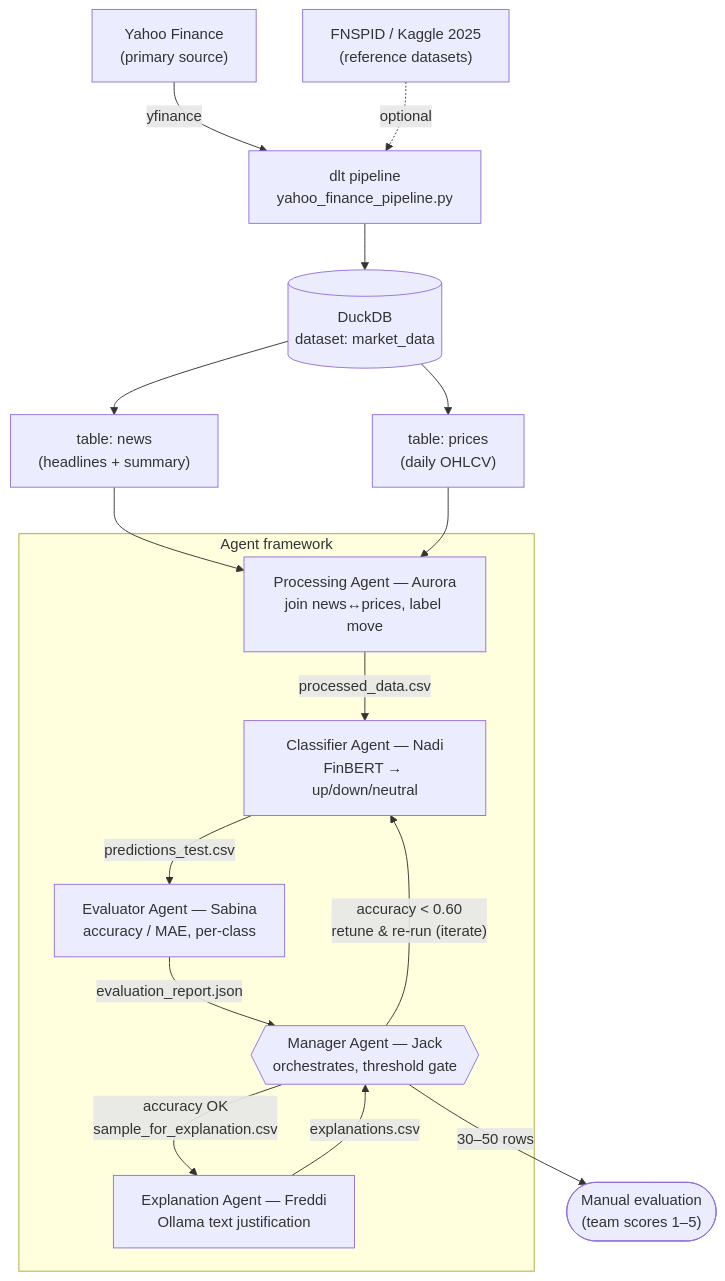
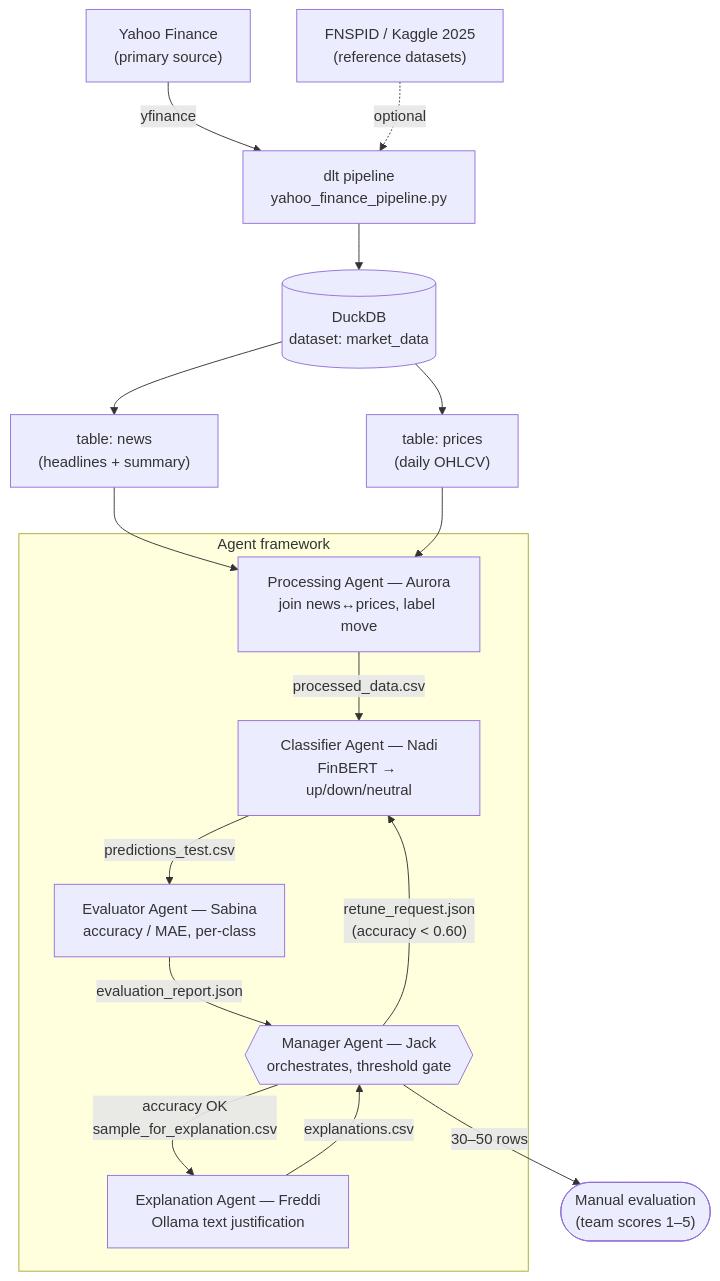
Before and after one commit to njaltran/NLP_lab: the diagram in architecture.md, drawn with Mermaid. The commit also changed other lines of this file and 1 other file, not shown here.

Commit message:
Add retune-loop contract; cover every agent interaction

````diff
--- a/architecture.md
+++ b/architecture.md
@@ -7,27 +7,27 @@
 ```mermaid
 flowchart TD
     YF["Yahoo Finance<br/>(primary source)"] -->|yfinance| DLT["dlt pipeline<br/>yahoo_finance_pipeline.py"]
     ALT["FNSPID / Kaggle 2025<br/>(reference datasets)"] -.->|optional| DLT
     DLT --> DUCK[("DuckDB<br/>dataset: market_data")]
     DUCK --> NEWS["table: news<br/>(headlines + summary)"]
     DUCK --> PRICES["table: prices<br/>(daily OHLCV)"]
 
     NEWS --> AURORA
     PRICES --> AURORA
 
     subgraph AGENTS["Agent framework"]
         JACK{{"Manager Agent — Jack<br/>orchestrates, threshold gate"}}
         AURORA["Processing Agent — Aurora<br/>join news↔prices, label move"]
         NADI["Classifier Agent — Nadi<br/>FinBERT → up/down/neutral"]
         SABINA["Evaluator Agent — Sabina<br/>accuracy / MAE, per-class"]
         FREDDI["Explanation Agent — Freddi<br/>Ollama text justification"]
     end
 
     AURORA -->|"processed_data.csv"| NADI
     NADI -->|"predictions_test.csv"| SABINA
     SABINA -->|"evaluation_report.json"| JACK
-    JACK -->|"accuracy < 0.60<br/>retune & re-run (iterate)"| NADI
+    JACK -->|"retune_request.json<br/>(accuracy < 0.60)"| NADI
     JACK -->|"accuracy OK<br/>sample_for_explanation.csv"| FREDDI
     FREDDI -->|"explanations.csv"| JACK
     JACK -->|"30–50 rows"| HUMAN(["Manual evaluation<br/>(team scores 1–5)"])
 ```
````
